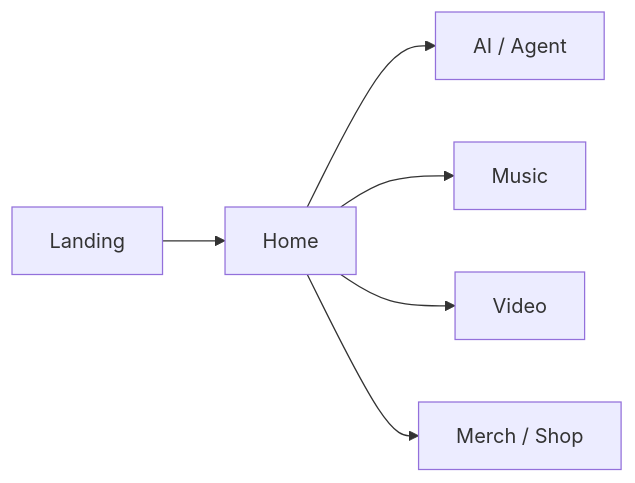
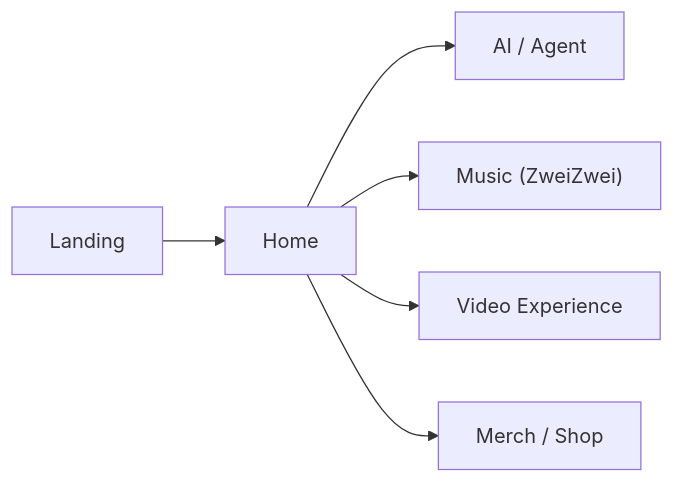
Before and after one commit to Yang-D-Nash/SkyOS-Readme-Public: the first of 6 diagrams in README.md, drawn with Mermaid. The commit also changed other lines of this file, not shown here.

First line of the commit message:
docs(readme): correct ZweiZwei brand role

````diff
--- a/README.md
+++ b/README.md
@@ -81,8 +83,8 @@
 ```mermaid
 flowchart LR
     landing["Landing"] --> home["Home"]
     home --> ai["AI / Agent"]
-    home --> music["Music"]
-    home --> video["Video"]
+    home --> music["Music (ZweiZwei)"]
+    home --> video["Video Experience"]
     home --> merch["Merch / Shop"]
 ```
````
